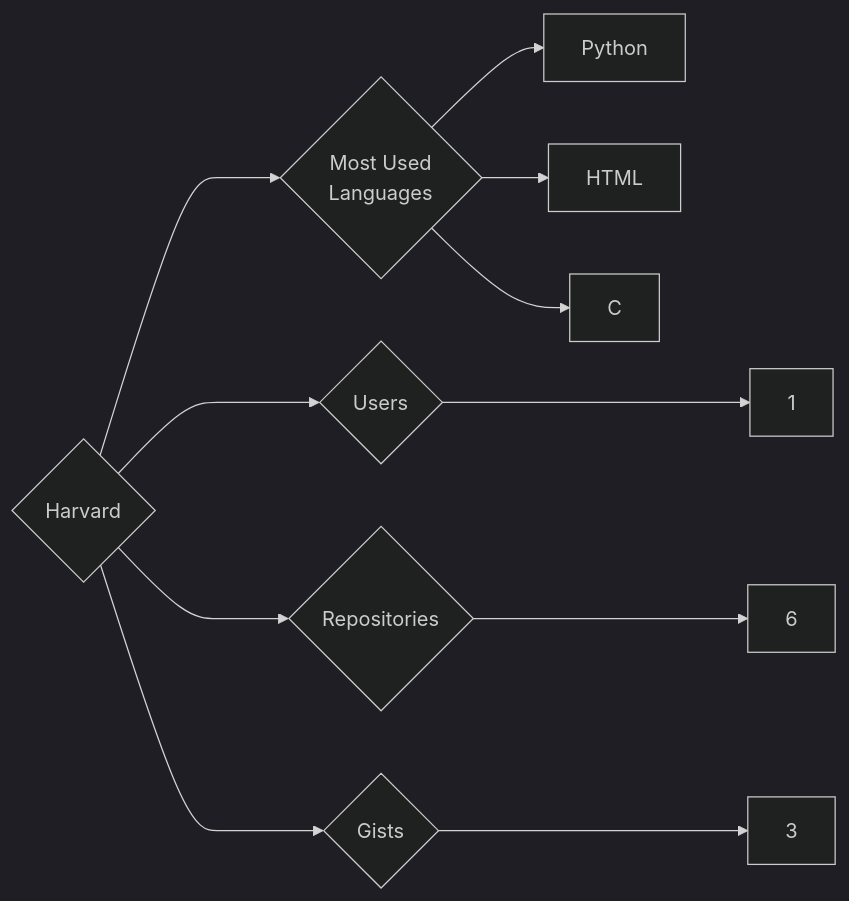
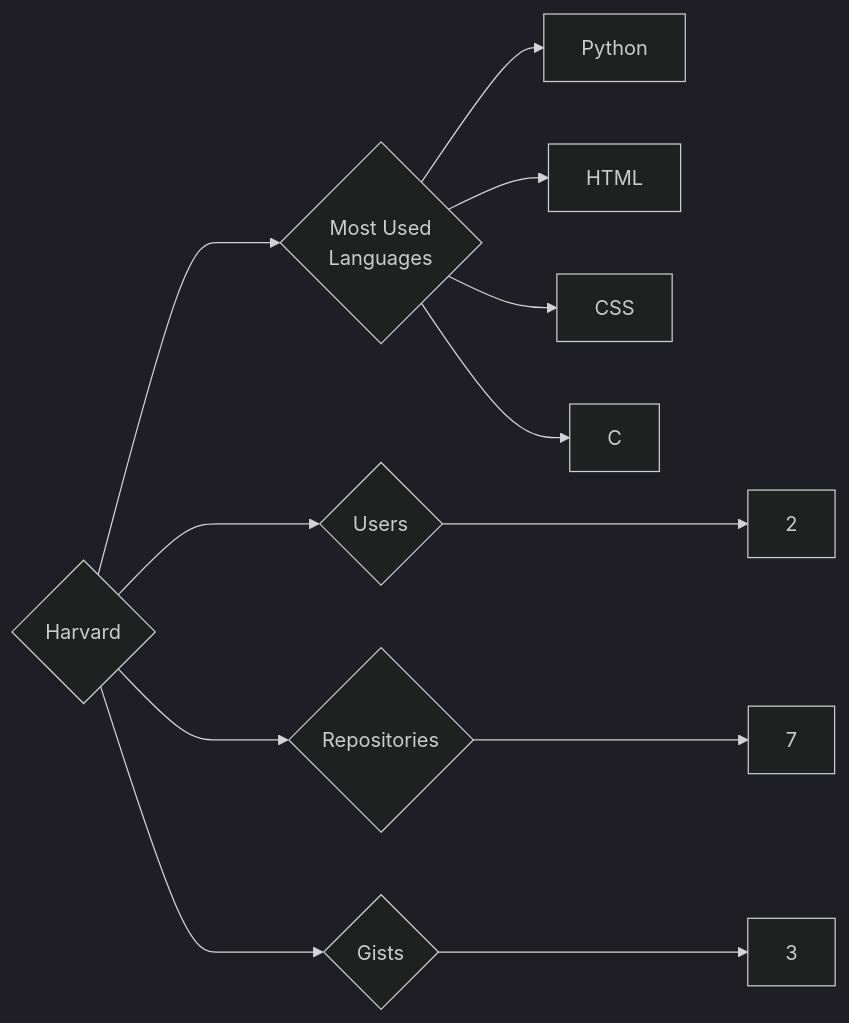
The diagram in targets/Harvard/README.md (trickest/insiders), drawn with Mermaid (dark theme) before and after one commit. The commit also changed 714 other files, not shown here.

````diff
--- a/targets/Harvard/README.md
+++ b/targets/Harvard/README.md
@@ -3,11 +3,12 @@
 ```mermaid
 graph LR
 COMPANY_NAME{Harvard}
-COMPANY_NAME ---> U{Users} ---> UN[1]
-COMPANY_NAME ---> R{Repositories} ---> RN[6]
+COMPANY_NAME ---> U{Users} ---> UN[2]
+COMPANY_NAME ---> R{Repositories} ---> RN[7]
 COMPANY_NAME ---> G{Gists} ---> GN[3]
 COMPANY_NAME ---> ML{Most Used<br>Languages}
 ML --> Python[Python]
 ML --> HTML[HTML]
+ML --> CSS[CSS]
 ML --> C[C]
 ```
````
